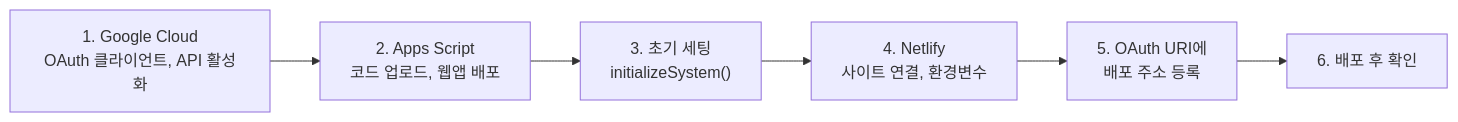
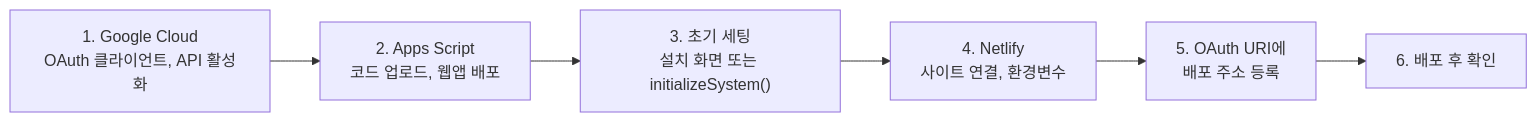
The diagram in docs/DEPLOYMENT.md (semicolon213/hot_potato_remake), drawn with Mermaid before and after one commit. The commit also changed other lines of this file and 14 other files, not shown here.

````diff
--- a/docs/DEPLOYMENT.md
+++ b/docs/DEPLOYMENT.md
@@ -9,8 +9,8 @@
 ```mermaid
 flowchart LR
     A["1. Google Cloud<br/>OAuth 클라이언트, API 활성화"] --> B["2. Apps Script<br/>코드 업로드, 웹앱 배포"]
-    B --> C["3. 초기 세팅<br/>initializeSystem()"]
+    B --> C["3. 초기 세팅<br/>설치 화면 또는 initializeSystem()"]
     C --> D["4. Netlify<br/>사이트 연결, 환경변수"]
     D --> E["5. OAuth URI에<br/>배포 주소 등록"]
     E --> F["6. 배포 후 확인"]
 ```
````
